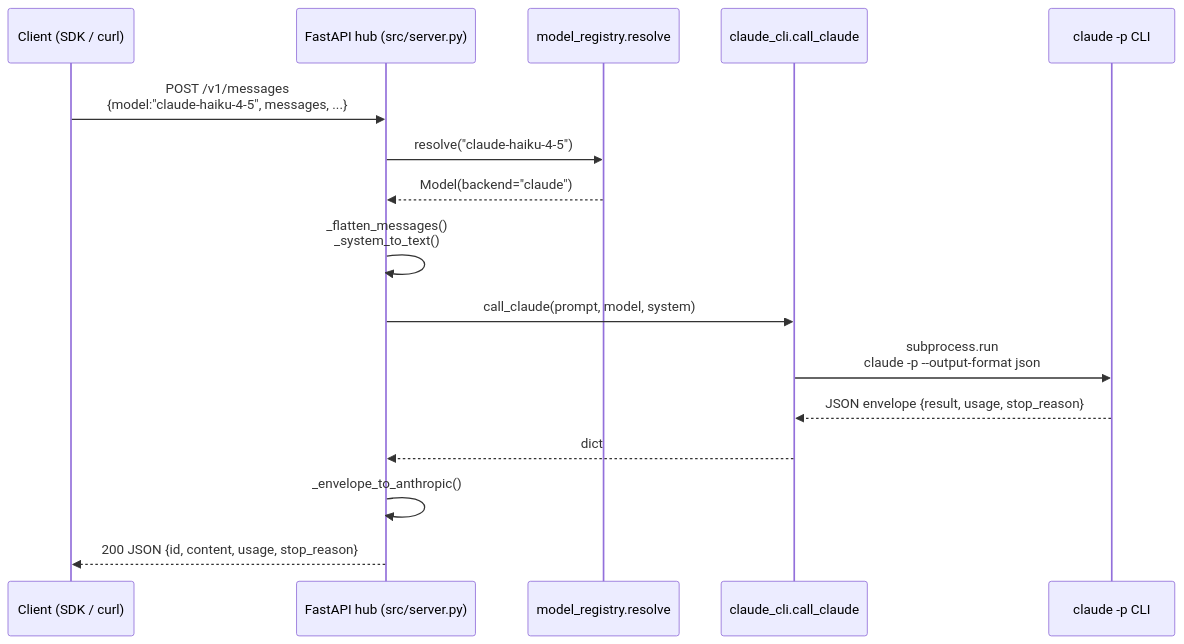
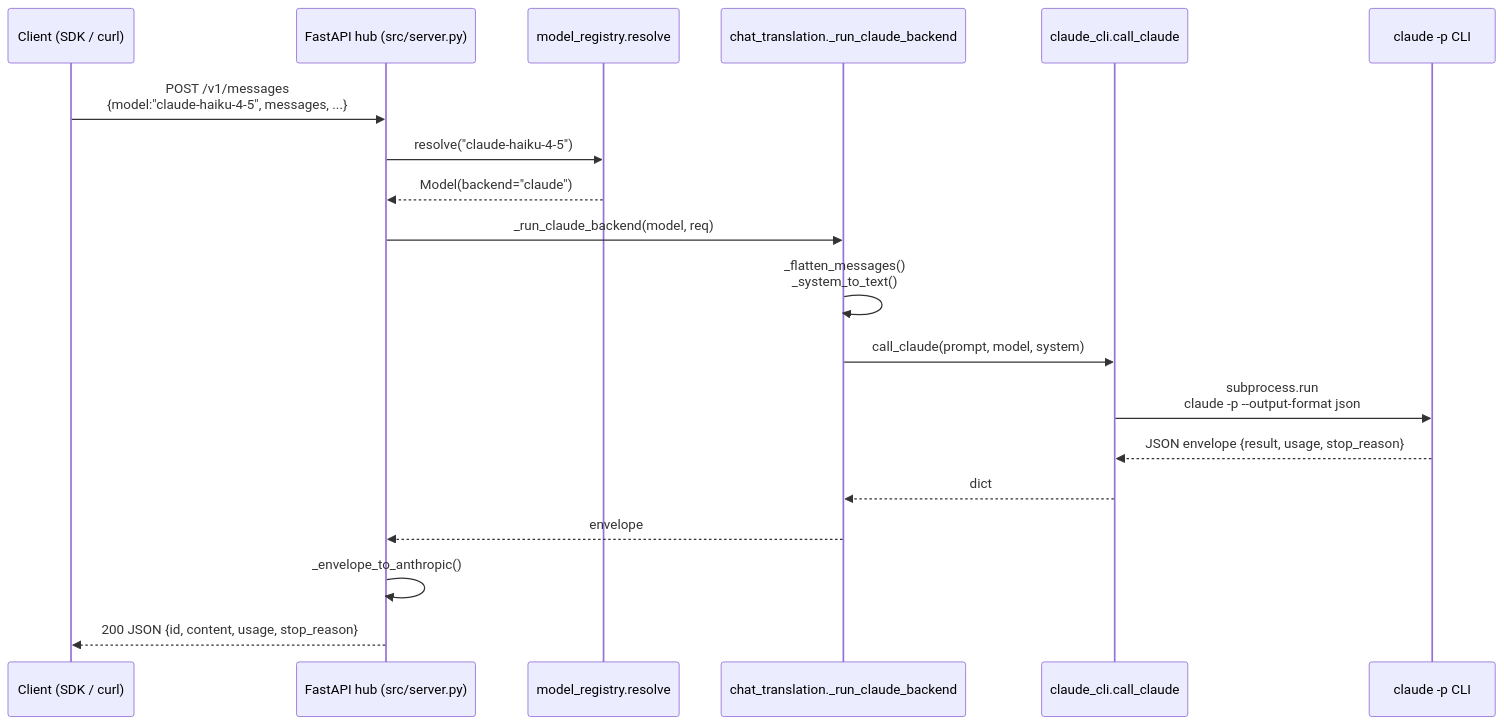
Before and after one commit to ferraroroberto/local-llm-hub: the third of 5 diagrams in docs/project-structure.md, drawn with Mermaid. The commit also changed other lines of this file and 12 other files, not shown here.

First line of the commit message:
refactor: split chat_translation out of server.py, dedupe host id + path (issue #245)

````diff
--- a/docs/project-structure.md
+++ b/docs/project-structure.md
@@ -218,19 +224,22 @@
 ```mermaid
 sequenceDiagram
     participant C as Client (SDK / curl)
     participant F as FastAPI hub (src/server.py)
     participant R as model_registry.resolve
+    participant T as chat_translation._run_claude_backend
     participant W as claude_cli.call_claude
     participant K as claude -p CLI
 
     C->>F: POST /v1/messages<br/>{model:"claude-haiku-4-5", messages, ...}
     F->>R: resolve("claude-haiku-4-5")
     R-->>F: Model(backend="claude")
-    F->>F: _flatten_messages()<br/>_system_to_text()
-    F->>W: call_claude(prompt, model, system)
+    F->>T: _run_claude_backend(model, req)
+    T->>T: _flatten_messages()<br/>_system_to_text()
+    T->>W: call_claude(prompt, model, system)
     W->>K: subprocess.run<br/>claude -p --output-format json
     K-->>W: JSON envelope {result, usage, stop_reason}
-    W-->>F: dict
+    W-->>T: dict
+    T-->>F: envelope
     F->>F: _envelope_to_anthropic()
     F-->>C: 200 JSON {id, content, usage, stop_reason}
 ```
````
